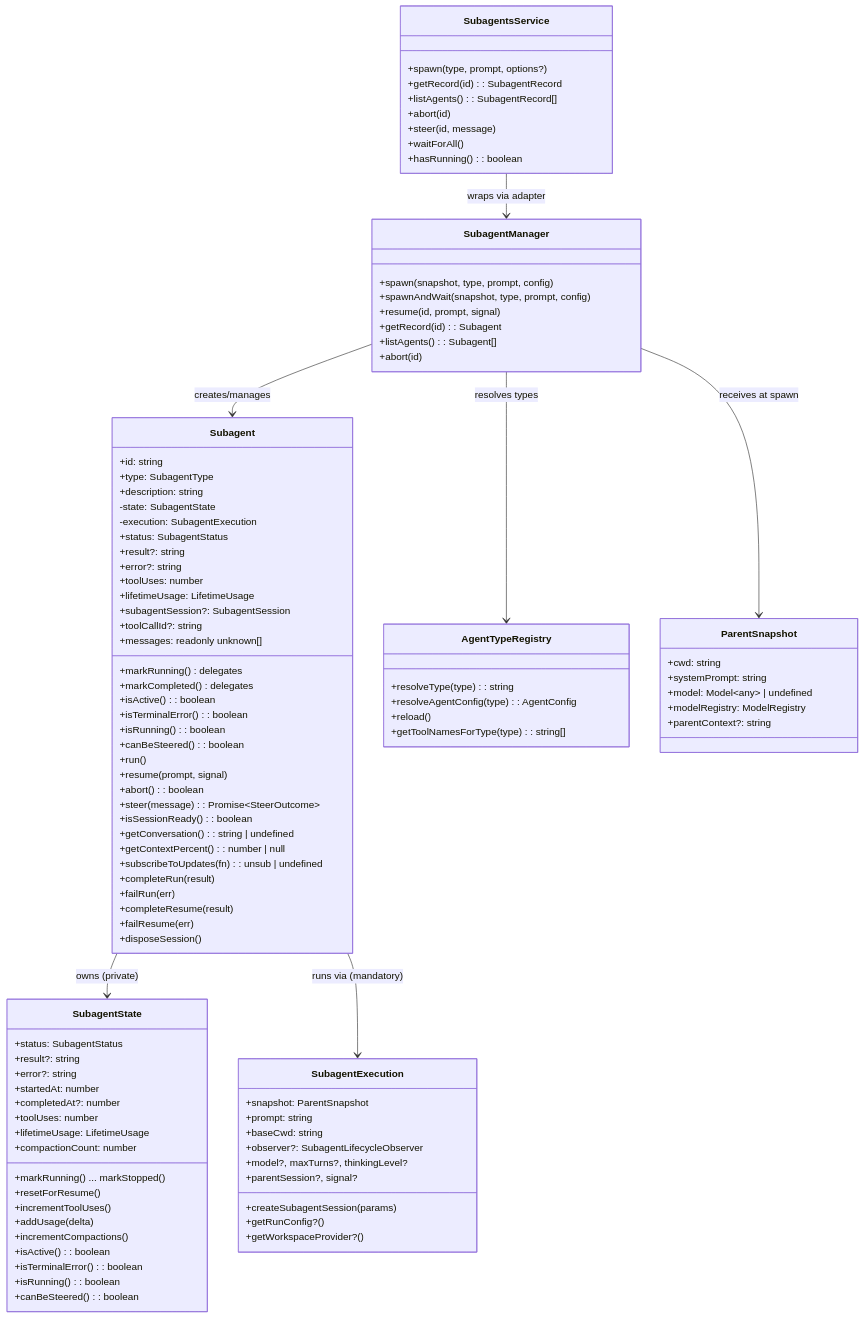
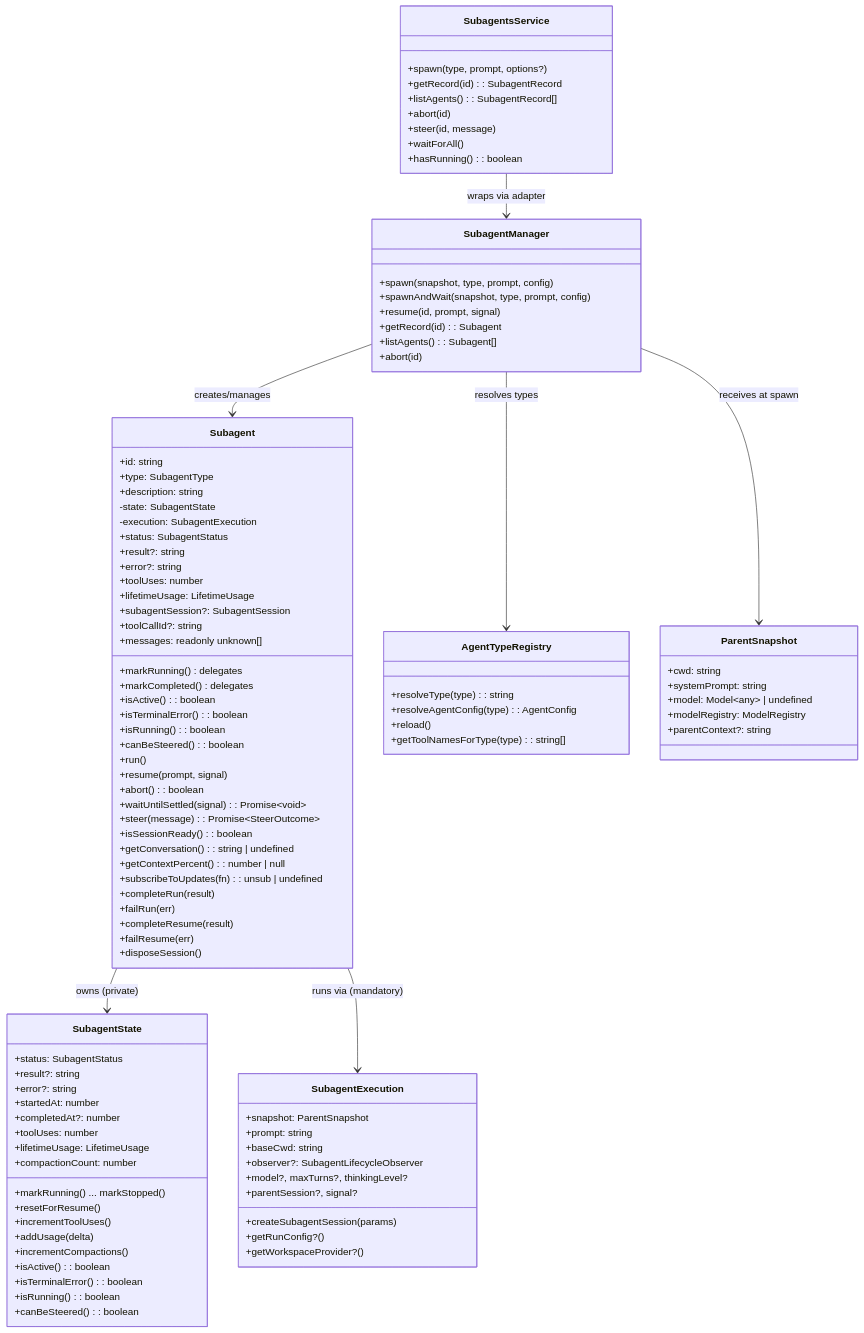
One commit to coderdkai/pi-packages changed the second of 5 diagrams in packages/pi-subagents/docs/architecture/architecture.md. Above: the diagram before and after it, drawn with Mermaid.

Commit message:
docs(pi-subagents): add waitUntilSettled to the Subagent class diagram (#662)
The diagram already lists the sibling run/resume/abort/steer family, so
omitting the new method left it inconsistent rather than merely terse.
Verified with mmdc: all 5 diagrams in the file still render.

Refs #662

```diff
--- a/packages/pi-subagents/docs/architecture/architecture.md
+++ b/packages/pi-subagents/docs/architecture/architecture.md
@@ -124,6 +124,7 @@
         +run()
         +resume(prompt, signal)
         +abort(): boolean
+        +waitUntilSettled(signal): Promise~void~
         +steer(message): Promise~SteerOutcome~
         +isSessionReady(): boolean
         +getConversation(): string | undefined
```
